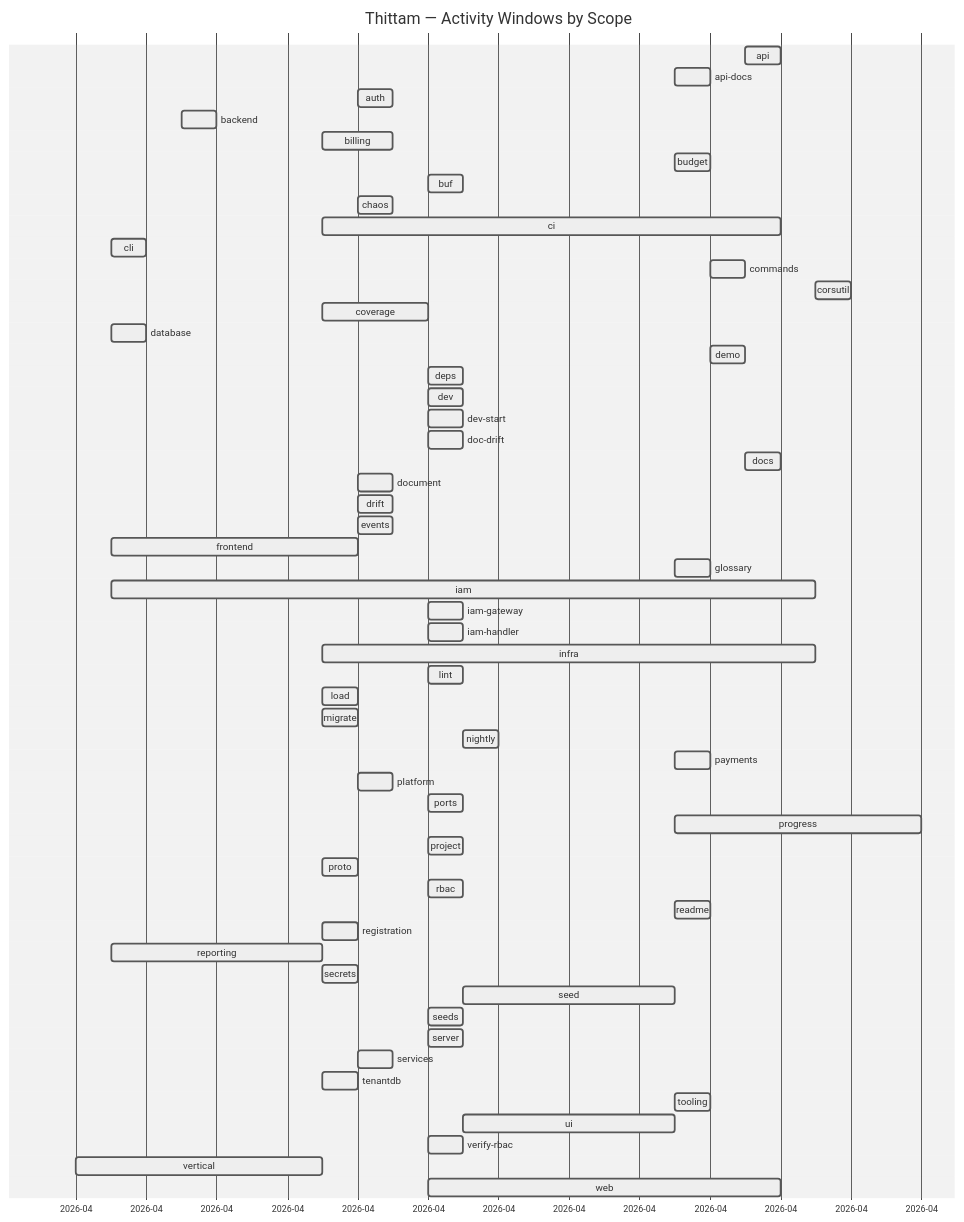
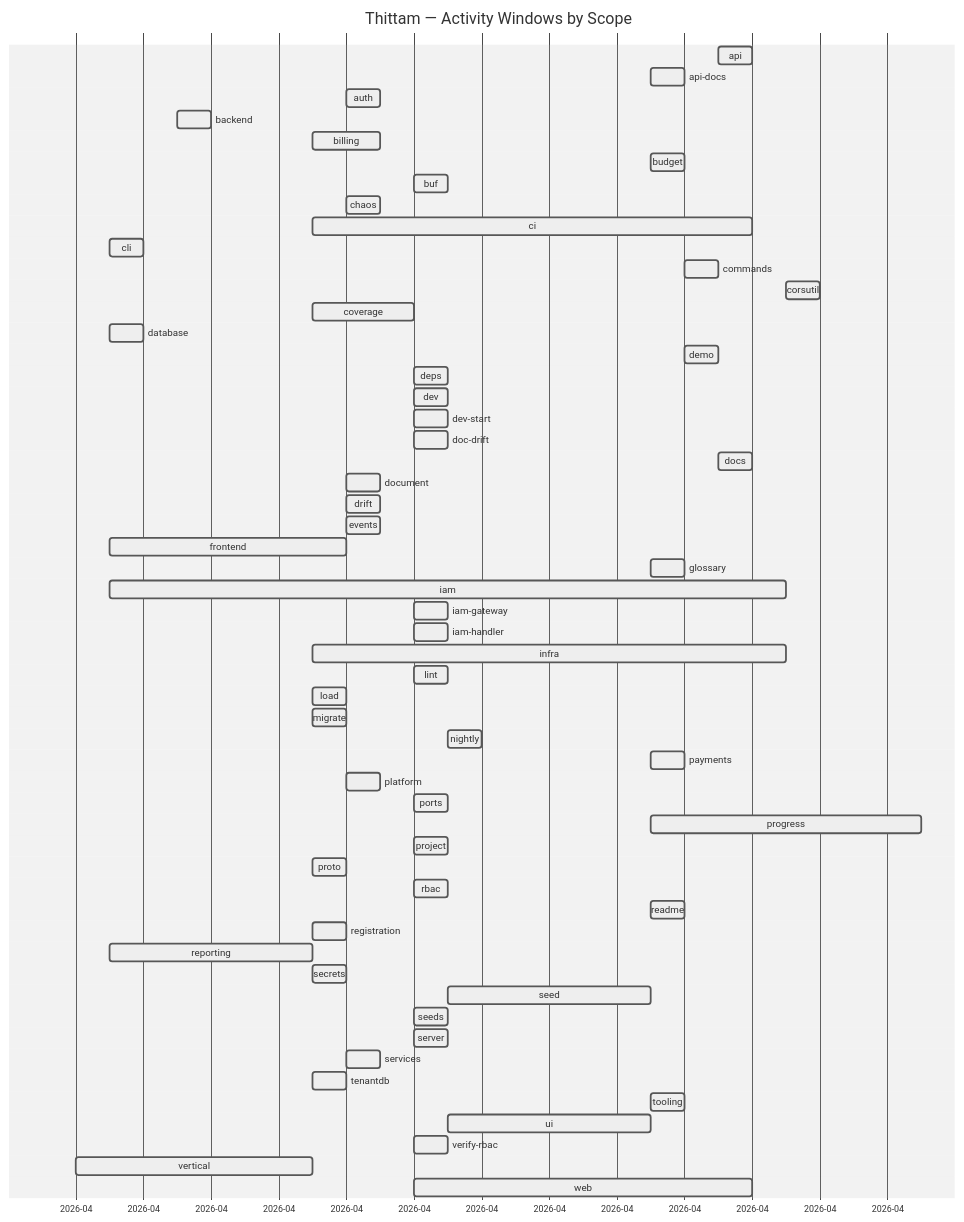
One commit to wegofwd2020-hub/thittam changed the diagram in docs/PROGRESS.md. Above: the diagram before and after it, drawn with Mermaid (neutral theme). The commit also changed other lines of this file and 1 other file, not shown here.

Commit message:
chore(progress): nightly update of docs/PROGRESS.md + CSVs

````diff
--- a/docs/PROGRESS.md
+++ b/docs/PROGRESS.md
@@ -9,60 +9,60 @@
 ```mermaid
 gantt
     title Thittam — Activity Windows by Scope
     dateFormat YYYY-MM-DD
     axisFormat %Y-%m
     api                :active, s_api, 2026-04-22, 2026-04-23
     api-docs           :active, s_api_docs, 2026-04-20, 2026-04-21
     auth               :active, s_auth, 2026-04-11, 2026-04-12
     backend            :active, s_backend, 2026-04-06, 2026-04-07
     billing            :active, s_billing, 2026-04-10, 2026-04-12
     budget             :active, s_budget, 2026-04-20, 2026-04-21
     buf                :active, s_buf, 2026-04-13, 2026-04-14
     chaos              :active, s_chaos, 2026-04-11, 2026-04-12
     ci                 :active, s_ci, 2026-04-10, 2026-04-23
     cli                :active, s_cli, 2026-04-04, 2026-04-05
     commands           :active, s_commands, 2026-04-21, 2026-04-22
     corsutil           :active, s_corsutil, 2026-04-24, 2026-04-25
     coverage           :active, s_coverage, 2026-04-10, 2026-04-13
     database           :active, s_database, 2026-04-04, 2026-04-05
     demo               :active, s_demo, 2026-04-21, 2026-04-22
     deps               :active, s_deps, 2026-04-13, 2026-04-14
     dev                :active, s_dev, 2026-04-13, 2026-04-14
     dev-start          :active, s_dev_start, 2026-04-13, 2026-04-14
     doc-drift          :active, s_doc_drift, 2026-04-13, 2026-04-14
     docs               :active, s_docs, 2026-04-22, 2026-04-23
     document           :active, s_document, 2026-04-11, 2026-04-12
     drift              :active, s_drift, 2026-04-11, 2026-04-12
     events             :active, s_events, 2026-04-11, 2026-04-12
     frontend           :active, s_frontend, 2026-04-04, 2026-04-11
     glossary           :active, s_glossary, 2026-04-20, 2026-04-21
     iam                :active, s_iam, 2026-04-04, 2026-04-24
     iam-gateway        :active, s_iam_gateway, 2026-04-13, 2026-04-14
     iam-handler        :active, s_iam_handler, 2026-04-13, 2026-04-14
     infra              :active, s_infra, 2026-04-10, 2026-04-24
     lint               :active, s_lint, 2026-04-13, 2026-04-14
     load               :active, s_load, 2026-04-10, 2026-04-11
     migrate            :active, s_migrate, 2026-04-10, 2026-04-11
     nightly            :active, s_nightly, 2026-04-14, 2026-04-15
     payments           :active, s_payments, 2026-04-20, 2026-04-21
     platform           :active, s_platform, 2026-04-11, 2026-04-12
     ports              :active, s_ports, 2026-04-13, 2026-04-14
-    progress           :active, s_progress, 2026-04-20, 2026-04-27
+    progress           :active, s_progress, 2026-04-20, 2026-04-28
     project            :active, s_project, 2026-04-13, 2026-04-14
     proto              :active, s_proto, 2026-04-10, 2026-04-11
     rbac               :active, s_rbac, 2026-04-13, 2026-04-14
     readme             :active, s_readme, 2026-04-20, 2026-04-21
     registration       :active, s_registration, 2026-04-10, 2026-04-11
     reporting          :active, s_reporting, 2026-04-04, 2026-04-10
     secrets            :active, s_secrets, 2026-04-10, 2026-04-11
     seed               :active, s_seed, 2026-04-14, 2026-04-20
     seeds              :active, s_seeds, 2026-04-13, 2026-04-14
     server             :active, s_server, 2026-04-13, 2026-04-14
     services           :active, s_services, 2026-04-11, 2026-04-12
     tenantdb           :active, s_tenantdb, 2026-04-10, 2026-04-11
     tooling            :active, s_tooling, 2026-04-20, 2026-04-21
     ui                 :active, s_ui, 2026-04-14, 2026-04-20
     verify-rbac        :active, s_verify_rbac, 2026-04-13, 2026-04-14
     vertical           :active, s_vertical, 2026-04-03, 2026-04-10
     web                :active, s_web, 2026-04-13, 2026-04-23
 ```
````
